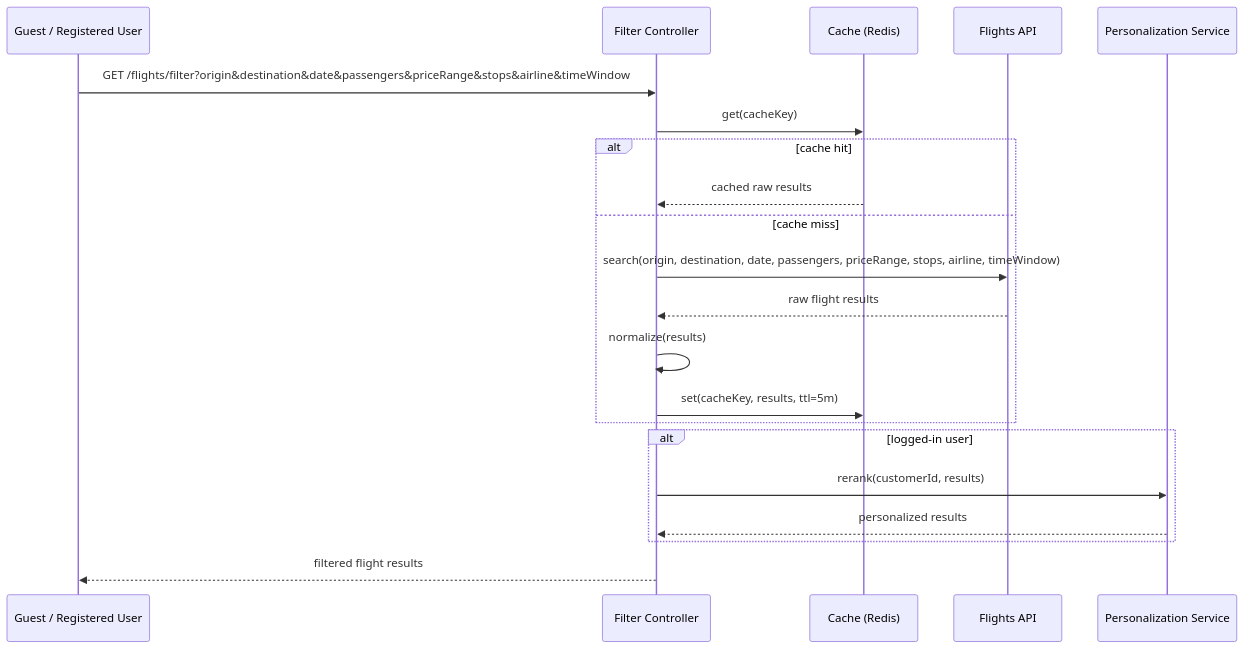
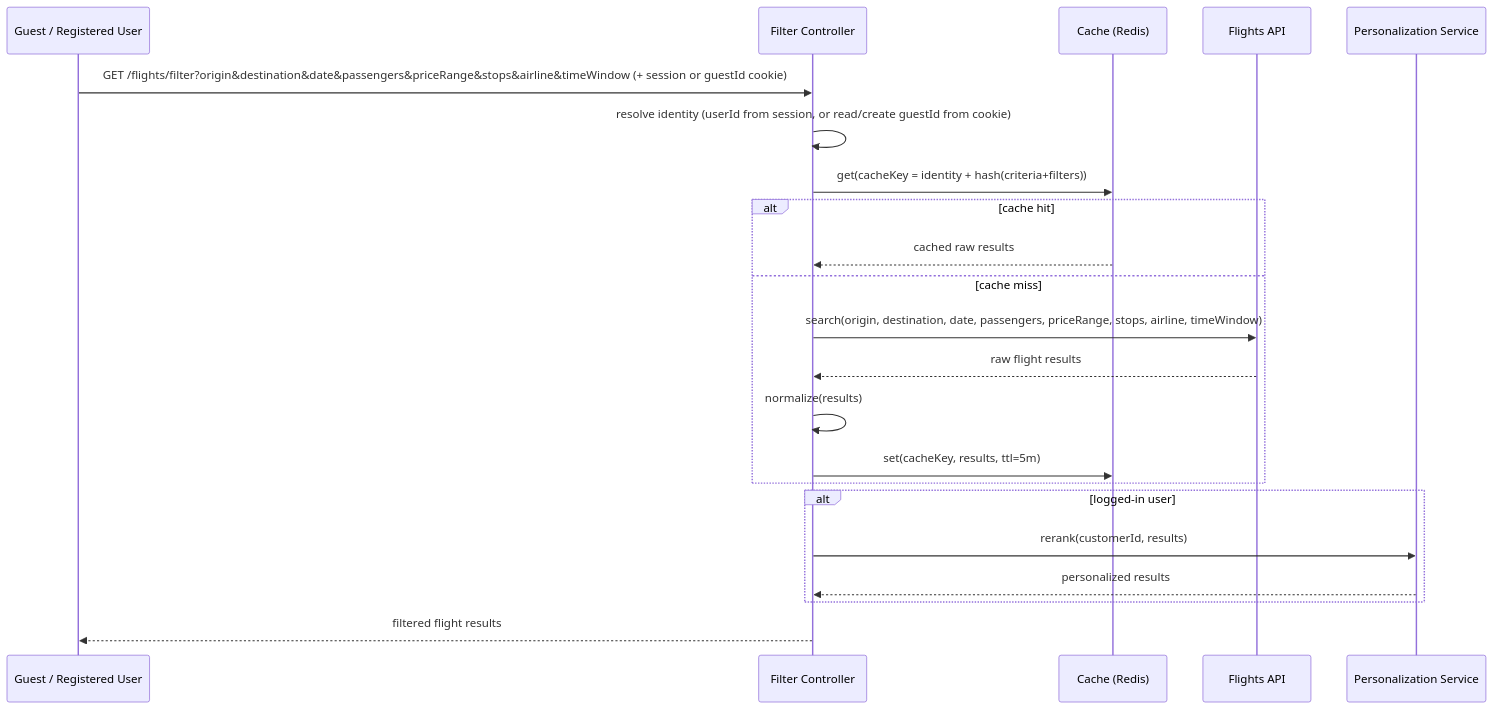
One commit to Backend-Mentor-ORG/booking changed the second of 3 diagrams in diagrams/UC-04-filter-flights.md. Above: the diagram before and after it, drawn with Mermaid. The commit also changed other lines of this file and 5 other files, not shown here.

First line of the commit message:
Sync UC diagrams with the compound cache key and travellers JSONB decisions

````diff
--- a/diagrams/UC-04-filter-flights.md
+++ b/diagrams/UC-04-filter-flights.md
@@ -27,24 +31,25 @@
 ```mermaid
 sequenceDiagram
   participant U as Guest / Registered User
   participant API as Filter Controller
   participant Cache as Cache (Redis)
   participant Ext as Flights API
   participant P as Personalization Service
 
-  U->>API: GET /flights/filter?origin&destination&date&passengers&priceRange&stops&airline&timeWindow
-  API->>Cache: get(cacheKey)
+  U->>API: GET /flights/filter?origin&destination&date&passengers&priceRange&stops&airline&timeWindow (+ session or guestId cookie)
+  API->>API: resolve identity (userId from session, or read/create guestId from cookie)
+  API->>Cache: get(cacheKey = identity + hash(criteria+filters))
   alt cache hit
     Cache-->>API: cached raw results
   else cache miss
     API->>Ext: search(origin, destination, date, passengers, priceRange, stops, airline, timeWindow)
     Ext-->>API: raw flight results
     API->>API: normalize(results)
     API->>Cache: set(cacheKey, results, ttl=5m)
   end
   alt logged-in user
     API->>P: rerank(customerId, results)
     P-->>API: personalized results
   end
   API-->>U: filtered flight results
 ```
````
